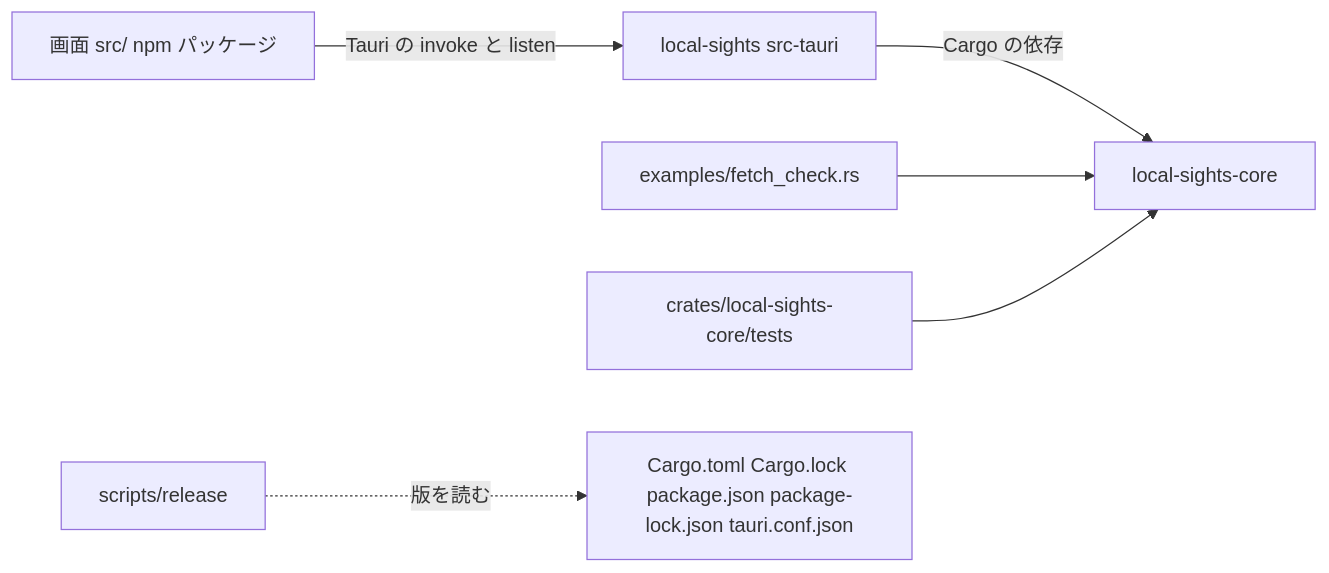
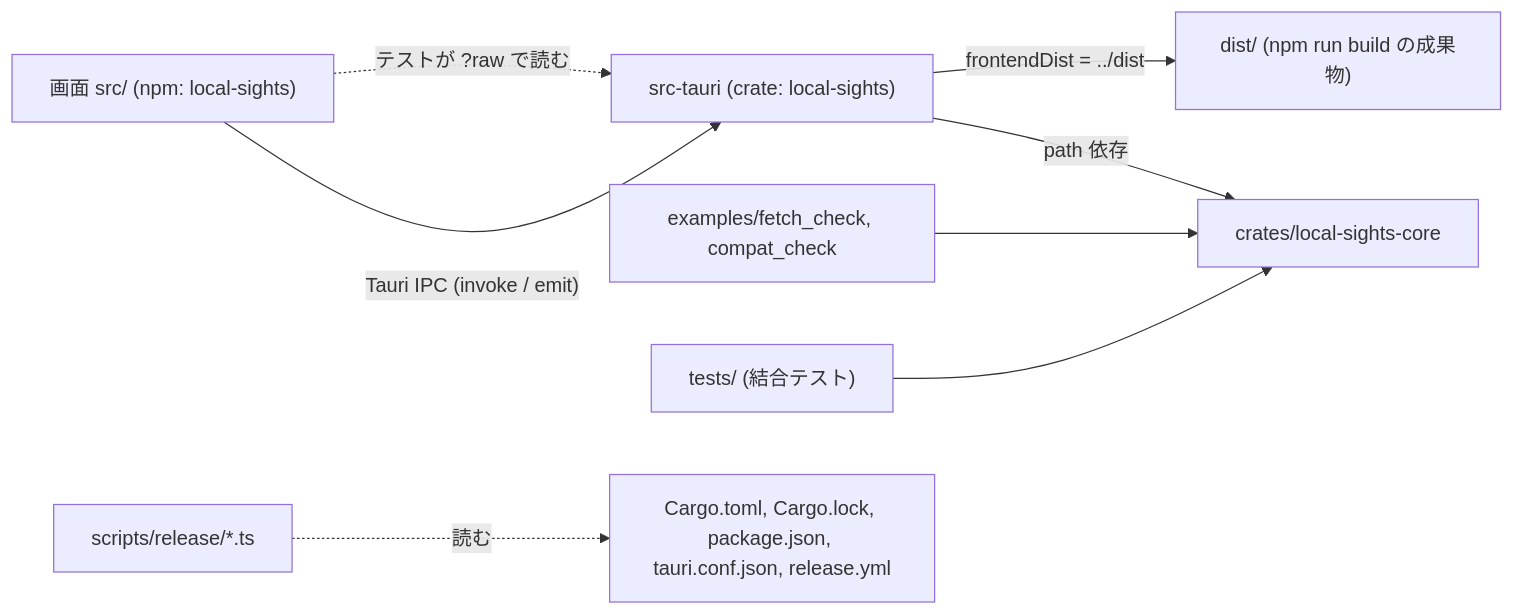
Before and after one commit to kdnakt/local-sights: the diagram in aidlc/spaces/default/codekb/local-sights/dependencies.md, drawn with Mermaid. The commit also changed other lines of this file and 78 other files, not shown here.

````diff
--- a/aidlc/spaces/default/codekb/local-sights/dependencies.md
+++ b/aidlc/spaces/default/codekb/local-sights/dependencies.md
@@ -22,8 +21,10 @@
 ```mermaid
 flowchart LR
-  Screen["画面 src/ npm パッケージ"] -- "Tauri の invoke と listen" --> App["local-sights src-tauri"]
-  App -- "Cargo の依存" --> Core["local-sights-core"]
-  Example["examples/fetch_check.rs"] --> Core
-  Tests["crates/local-sights-core/tests"] --> Core
-  Release["scripts/release"] -.->|"版を読む"| Manifests["Cargo.toml Cargo.lock package.json package-lock.json tauri.conf.json"]
+  Screen["画面 src/ (npm: local-sights)"] -- "Tauri IPC (invoke / emit)" --> App["src-tauri (crate: local-sights)"]
+  App -- "path 依存" --> Core["crates/local-sights-core"]
+  App -- "frontendDist = ../dist" --> Dist["dist/ (npm run build の成果物)"]
+  Screen -. "テストが ?raw で読む" .-> App
+  Examples["examples/fetch_check, compat_check"] --> Core
+  Tests["tests/ (結合テスト)"] --> Core
+  Scripts["scripts/release/*.ts"] -. "読む" .-> Files["Cargo.toml, Cargo.lock, package.json, tauri.conf.json, release.yml"]
 ```
````
